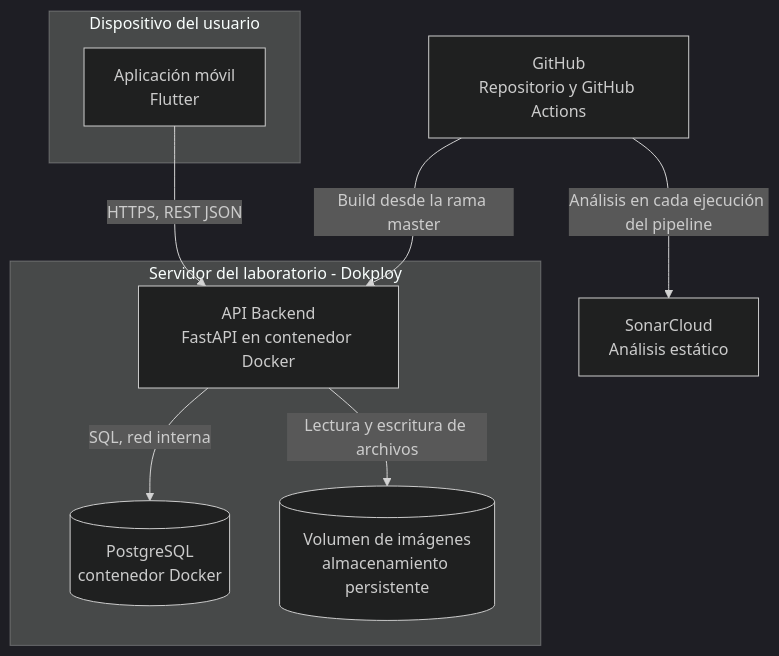
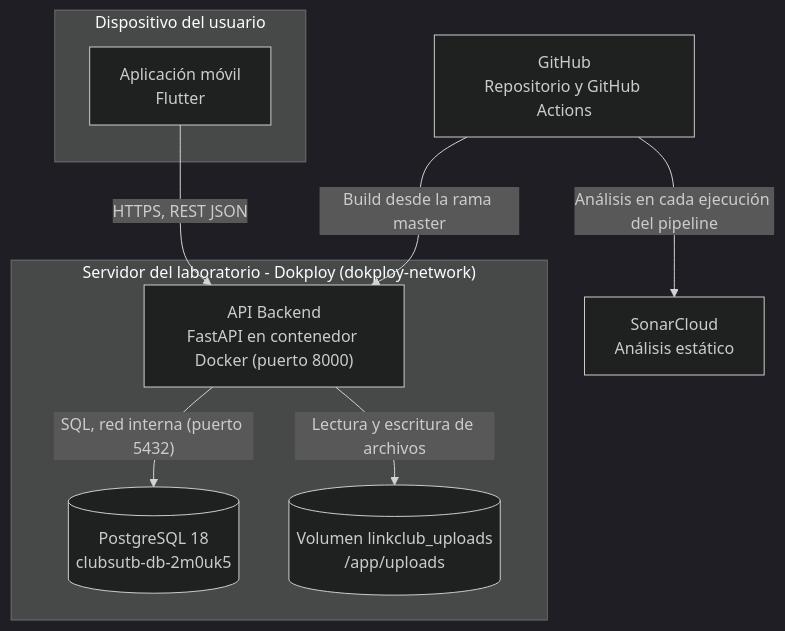
Before and after one commit to ISCOUTB/AS_202620_Clubs_UTB: the diagram in docs/arc42/07_vista_de_despliegue.md, drawn with Mermaid (dark theme). The commit also changed other lines of this file and 42 other files, not shown here.

````diff
--- a/docs/arc42/07_vista_de_despliegue.md
+++ b/docs/arc42/07_vista_de_despliegue.md
@@ -15,21 +15,21 @@
 ```mermaid
 graph TD
     subgraph DISP["Dispositivo del usuario"]
         APP["Aplicación móvil<br/>Flutter"]
     end
 
-    subgraph DOK["Servidor del laboratorio - Dokploy"]
-        API["API Backend<br/>FastAPI en contenedor Docker"]
-        DB[("PostgreSQL<br/>contenedor Docker")]
-        VOL[("Volumen de imágenes<br/>almacenamiento persistente")]
+    subgraph DOK["Servidor del laboratorio - Dokploy (dokploy-network)"]
+        API["API Backend<br/>FastAPI en contenedor Docker (puerto 8000)"]
+        DB[("PostgreSQL 18<br/>clubsutb-db-2m0uk5")]
+        VOL[("Volumen linkclub_uploads<br/>/app/uploads")]
     end
 
     GH["GitHub<br/>Repositorio y GitHub Actions"]
     SONAR["SonarCloud<br/>Análisis estático"]
 
     APP -->|"HTTPS, REST JSON"| API
-    API -->|"SQL, red interna"| DB
+    API -->|"SQL, red interna (puerto 5432)"| DB
     API -->|"Lectura y escritura de archivos"| VOL
     GH -->|"Build desde la rama master"| API
     GH -->|"Análisis en cada ejecución del pipeline"| SONAR
 ```
````
